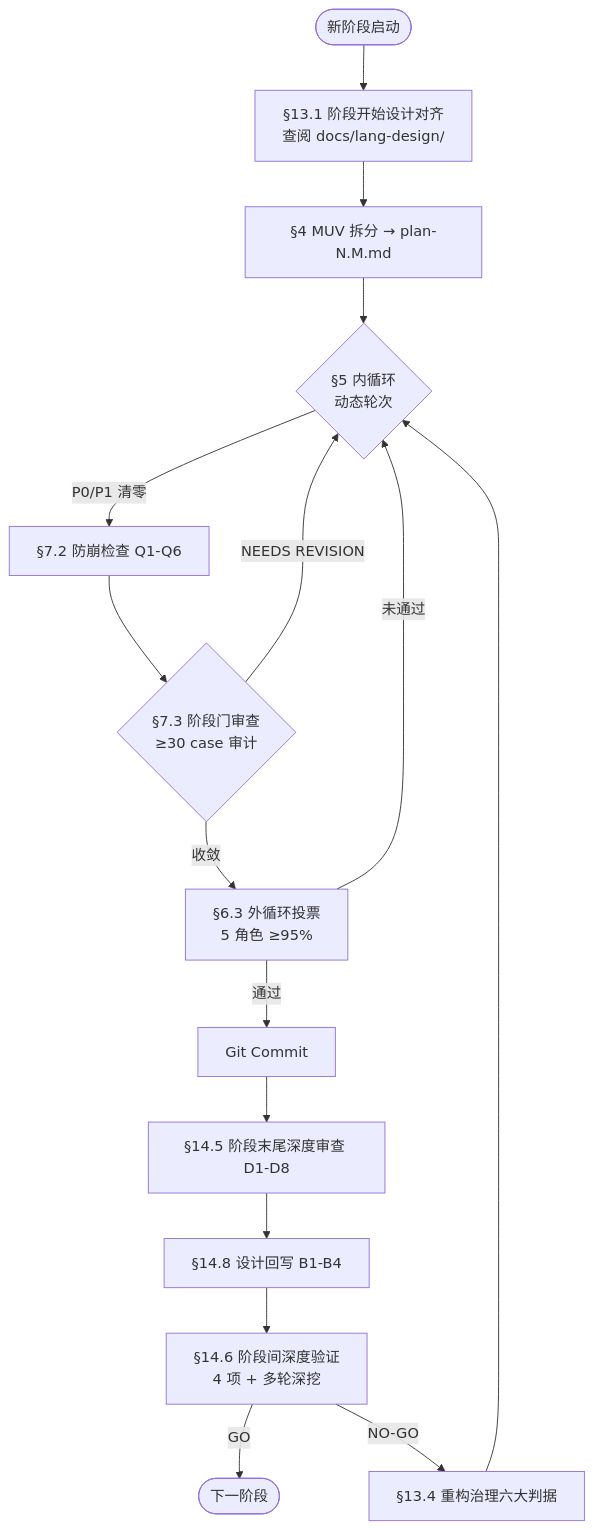
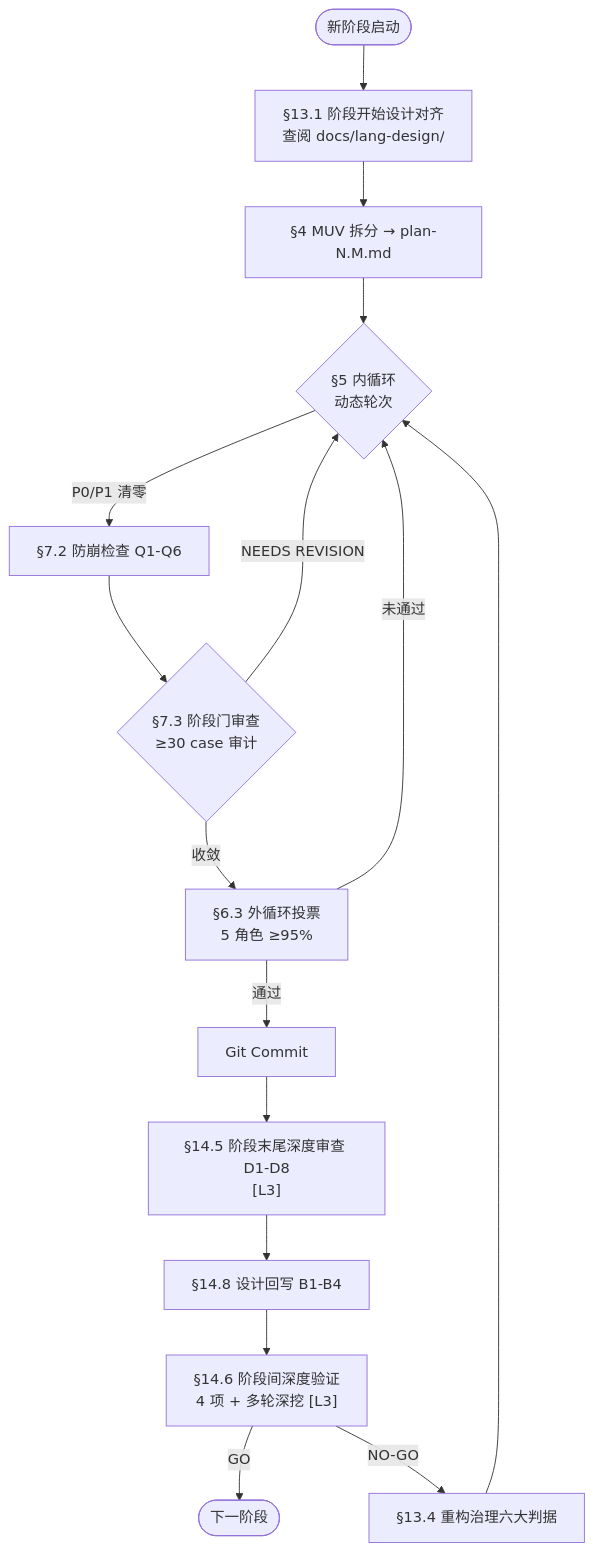
One commit to Redskaber/landin-lang changed the first of 22 diagrams in docs/stage-committee-process.md. Above: the diagram before and after it, drawn with Mermaid. The commit also changed other lines of this file and 5 other files, not shown here.

````diff
--- a/docs/stage-committee-process.md
+++ b/docs/stage-committee-process.md
@@ -73,18 +75,18 @@
 ```mermaid
 flowchart TD
-    Start([新阶段启动]) --> Design[§13.1 阶段开始设计对齐<br/>查阅 docs/lang-design/]
+    Start([新阶段启动]) --> Design["§13.1 阶段开始设计对齐<br/>查阅 docs/lang-design/"]
     Design --> Plan[§4 MUV 拆分 → plan-N.M.md]
-    Plan --> Inner{§5 内循环<br/>动态轮次}
+    Plan --> Inner{"§5 内循环<br/>动态轮次"}
     Inner -->|P0/P1 清零| Q6[§7.2 防崩检查 Q1-Q6]
-    Q6 --> Gate{§7.3 阶段门审查<br/>≥30 case 审计}
+    Q6 --> Gate{"§7.3 阶段门审查<br/>≥30 case 审计"}
     Gate -->|NEEDS REVISION| Inner
-    Gate -->|收敛| Outer[§6.3 外循环投票<br/>5 角色 ≥95%]
+    Gate -->|收敛| Outer["§6.3 外循环投票<br/>5 角色 ≥95%"]
     Outer -->|未通过| Inner
     Outer -->|通过| Commit[Git Commit]
-    Commit --> Deep[§14.5 阶段末尾深度审查 D1-D8]
+    Commit --> Deep["§14.5 阶段末尾深度审查 D1-D8<br/>[L3]"]
     Deep --> Writeback[§14.8 设计回写 B1-B4]
-    Writeback --> CrossStage[§14.6 阶段间深度验证<br/>4 项 + 多轮深挖]
+    Writeback --> CrossStage["§14.6 阶段间深度验证<br/>4 项 + 多轮深挖 [L3]"]
     CrossStage -->|GO| Next([下一阶段])
     CrossStage -->|NO-GO| Refactor[§13.4 重构治理六大判据]
     Refactor --> Inner
 ```
````
